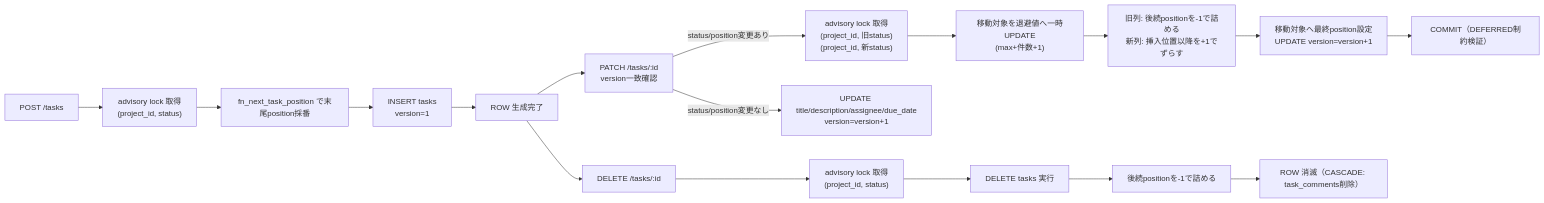
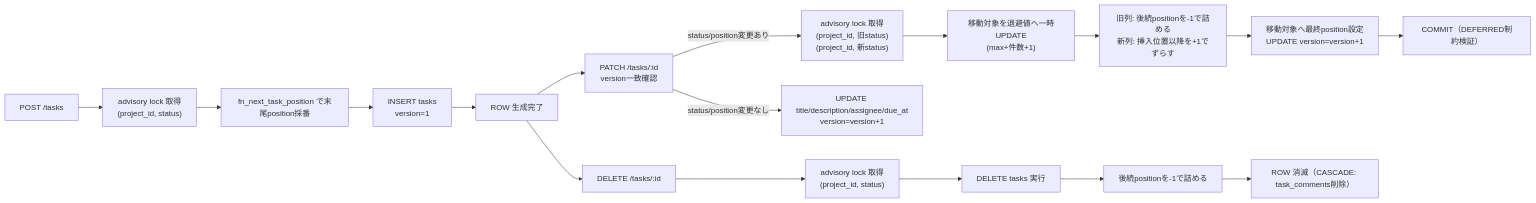
One commit to oikawa-d/task_management changed the third of 4 diagrams in detailed_design/database/06_table_tasks.md. Above: the diagram before and after it, drawn with Mermaid. The commit also changed other lines of this file and 31 other files, not shown here.

````diff
--- a/detailed_design/database/06_table_tasks.md
+++ b/detailed_design/database/06_table_tasks.md
@@ -202,22 +202,22 @@
 ```mermaid
 flowchart LR
     A["POST /tasks"] --> B["advisory lock 取得<br/>(project_id, status)"]
     B --> C["fn_next_task_position で末尾position採番"]
     C --> D["INSERT tasks<br/>version=1"]
     D --> E["ROW 生成完了"]
 
     E --> F["PATCH /tasks/:id<br/>version一致確認"]
     F -->|"status/position変更あり"| G["advisory lock 取得<br/>(project_id, 旧status)<br/>(project_id, 新status)"]
     G --> H["移動対象を退避値へ一時UPDATE<br/>(max+件数+1)"]
     H --> I["旧列: 後続positionを-1で詰める<br/>新列: 挿入位置以降を+1でずらす"]
     I --> J["移動対象へ最終position設定<br/>UPDATE version=version+1"]
     J --> K["COMMIT（DEFERRED制約検証）"]
 
-    F -->|"status/position変更なし"| L["UPDATE title/description/assignee/due_date<br/>version=version+1"]
+    F -->|"status/position変更なし"| L["UPDATE title/description/assignee/due_at<br/>version=version+1"]
 
     E --> M["DELETE /tasks/:id"]
     M --> N["advisory lock 取得<br/>(project_id, status)"]
     N --> O["DELETE tasks 実行"]
     O --> P["後続positionを-1で詰める"]
     P --> Q["ROW 消滅（CASCADE: task_comments削除）"]
 ```
````
